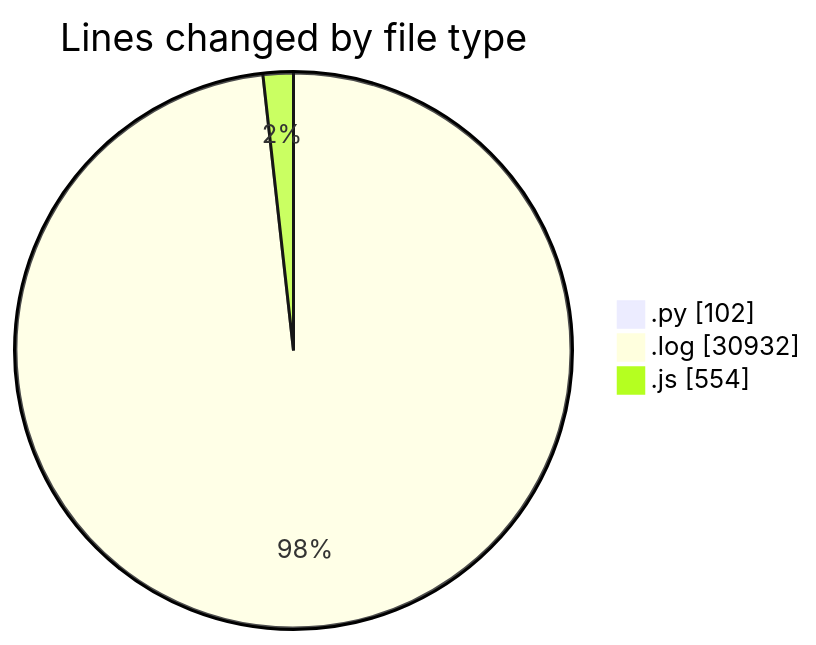
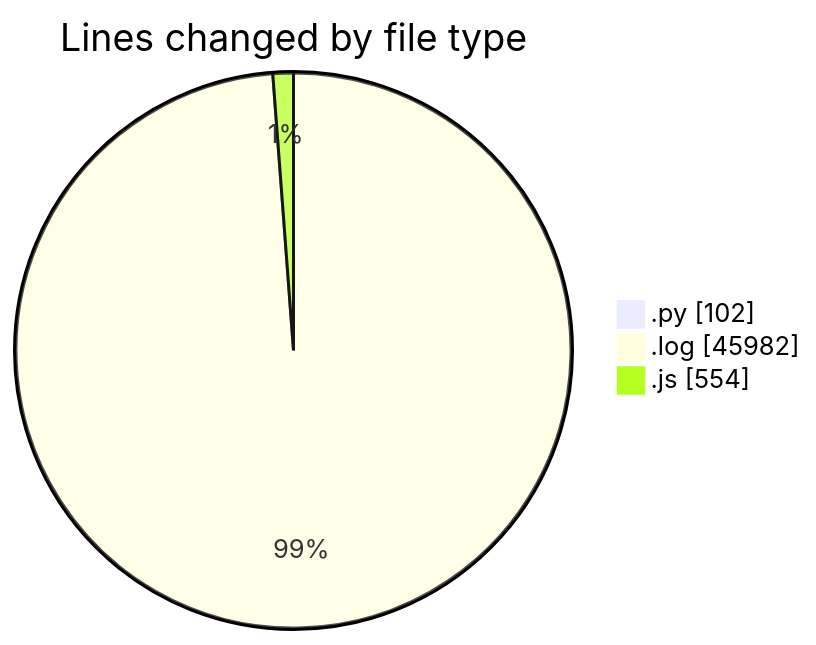
Before and after one commit to nxtqubesakshisongat/code-tracking: the first of 2 diagrams in 2025-04-11/nxtqube_webapp/README.md, drawn with Mermaid. The commit also changed other lines of this file and 1 other file, not shown here.

````diff
--- a/2025-04-11/nxtqube_webapp/README.md
+++ b/2025-04-11/nxtqube_webapp/README.md
@@ -23,7 +23,7 @@
 ```mermaid
 pie showData
 title Lines changed by file type
 ".py" : 102
-".log" : 30932
+".log" : 45982
 ".js" : 554
 ```
````
